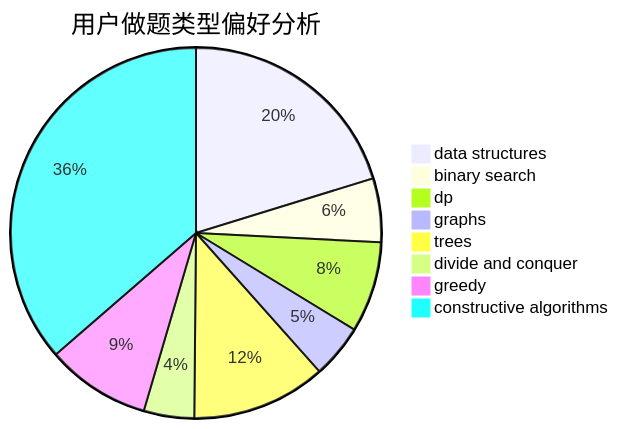
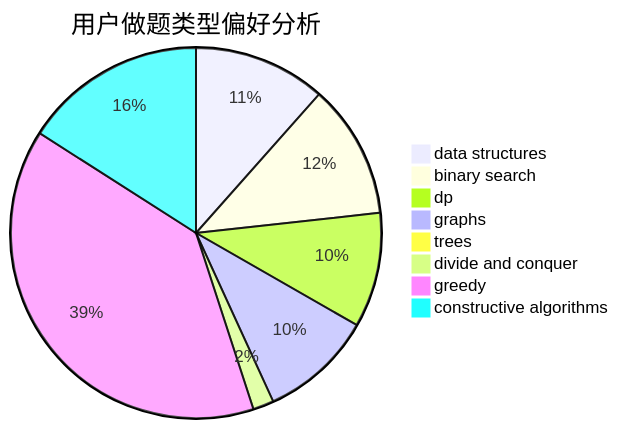
The second of 3 diagrams in docs/user/u1907.md (sherpahu/cfrs.github.io), drawn with Mermaid before and after one commit. The commit also changed other lines of this file and 2770 other files, not shown here.

````diff
--- a/docs/user/u1907.md
+++ b/docs/user/u1907.md
@@ -23,11 +23,11 @@
 ```mermaid
 pie title 用户做题类型偏好分析
-    "data structures" :  69
-    "binary search" :  19
-    "dp" :  27
-    "graphs" :  16
-    "trees" :  40
-    "divide and conquer" :  15
-    "greedy" :  31
-    "constructive algorithms" :  124
+    "data structures" :  76
+    "binary search" :  77
+    "dp" :  66
+    "graphs" :  65
+    "trees" :  3
+    "divide and conquer" :  12
+    "greedy" :  257
+    "constructive algorithms" :  105
 ```
````
